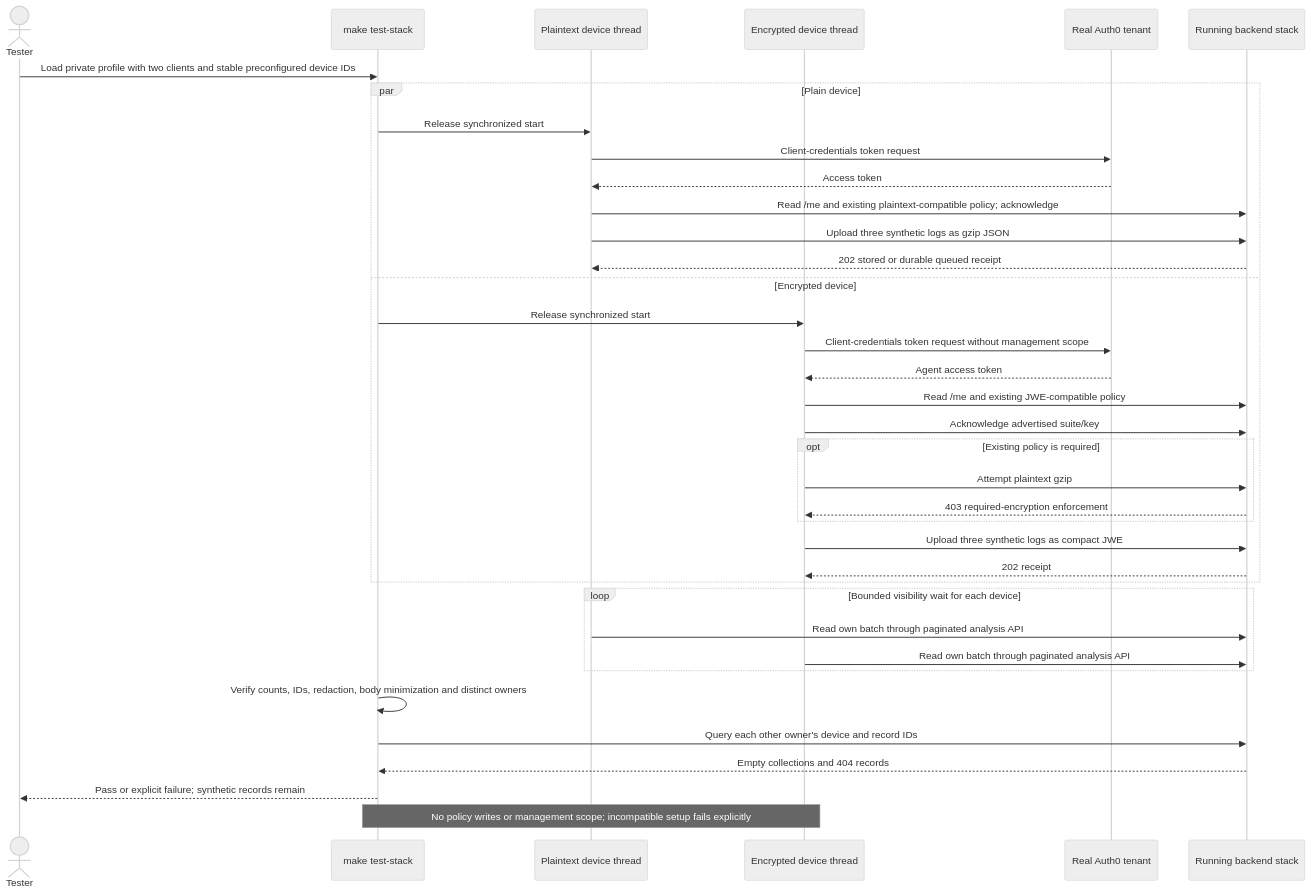
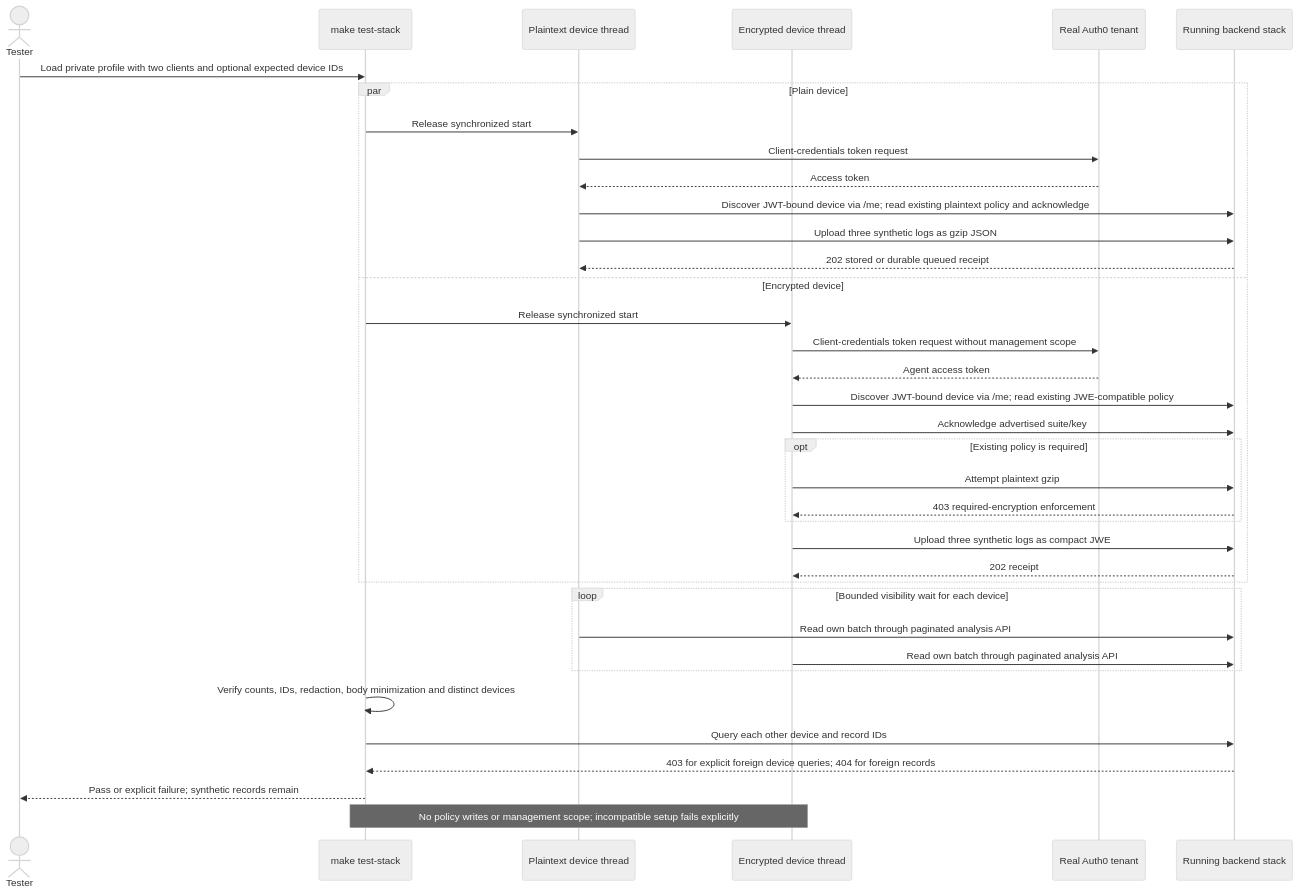
Before and after one commit to lucagiorgino/http-logger-collector: diagram 23 of 24 in docs/IMPLEMENTATION_STATUS.md, drawn with Mermaid (neutral theme). The commit also changed other lines of this file and 7 other files, not shown here.

First line of the commit message:
docs: update architecture and operational guidance

````diff
--- a/docs/IMPLEMENTATION_STATUS.md
+++ b/docs/IMPLEMENTATION_STATUS.md
@@ -935,39 +1146,39 @@
 ```mermaid
 sequenceDiagram
     actor Tester
     participant Test as make test-stack
     participant Plain as Plaintext device thread
     participant Encrypted as Encrypted device thread
     participant IdP as Real Auth0 tenant
     participant API as Running backend stack
-    Tester->>Test: Load private profile with two clients and stable preconfigured device IDs
+    Tester->>Test: Load private profile with two clients and optional expected device IDs
     par Plain device
         Test->>Plain: Release synchronized start
         Plain->>IdP: Client-credentials token request
         IdP-->>Plain: Access token
-        Plain->>API: Read /me and existing plaintext-compatible policy#59; acknowledge
+        Plain->>API: Discover JWT-bound device via /me#59; read existing plaintext policy and acknowledge
         Plain->>API: Upload three synthetic logs as gzip JSON
         API-->>Plain: 202 stored or durable queued receipt
     and Encrypted device
         Test->>Encrypted: Release synchronized start
         Encrypted->>IdP: Client-credentials token request without management scope
         IdP-->>Encrypted: Agent access token
-        Encrypted->>API: Read /me and existing JWE-compatible policy
+        Encrypted->>API: Discover JWT-bound device via /me#59; read existing JWE-compatible policy
         Encrypted->>API: Acknowledge advertised suite/key
         opt Existing policy is required
             Encrypted->>API: Attempt plaintext gzip
             API-->>Encrypted: 403 required-encryption enforcement
         end
         Encrypted->>API: Upload three synthetic logs as compact JWE
         API-->>Encrypted: 202 receipt
     end
     loop Bounded visibility wait for each device
         Plain->>API: Read own batch through paginated analysis API
         Encrypted->>API: Read own batch through paginated analysis API
     end
-    Test->>Test: Verify counts, IDs, redaction, body minimization and distinct owners
-    Test->>API: Query each other owner's device and record IDs
-    API-->>Test: Empty collections and 404 records
+    Test->>Test: Verify counts, IDs, redaction, body minimization and distinct devices
+    Test->>API: Query each other device and record IDs
+    API-->>Test: 403 for explicit foreign device queries#59; 404 for foreign records
     Test-->>Tester: Pass or explicit failure#59; synthetic records remain
     Note over Test,Encrypted: No policy writes or management scope#59; incompatible setup fails explicitly
 ```
````
